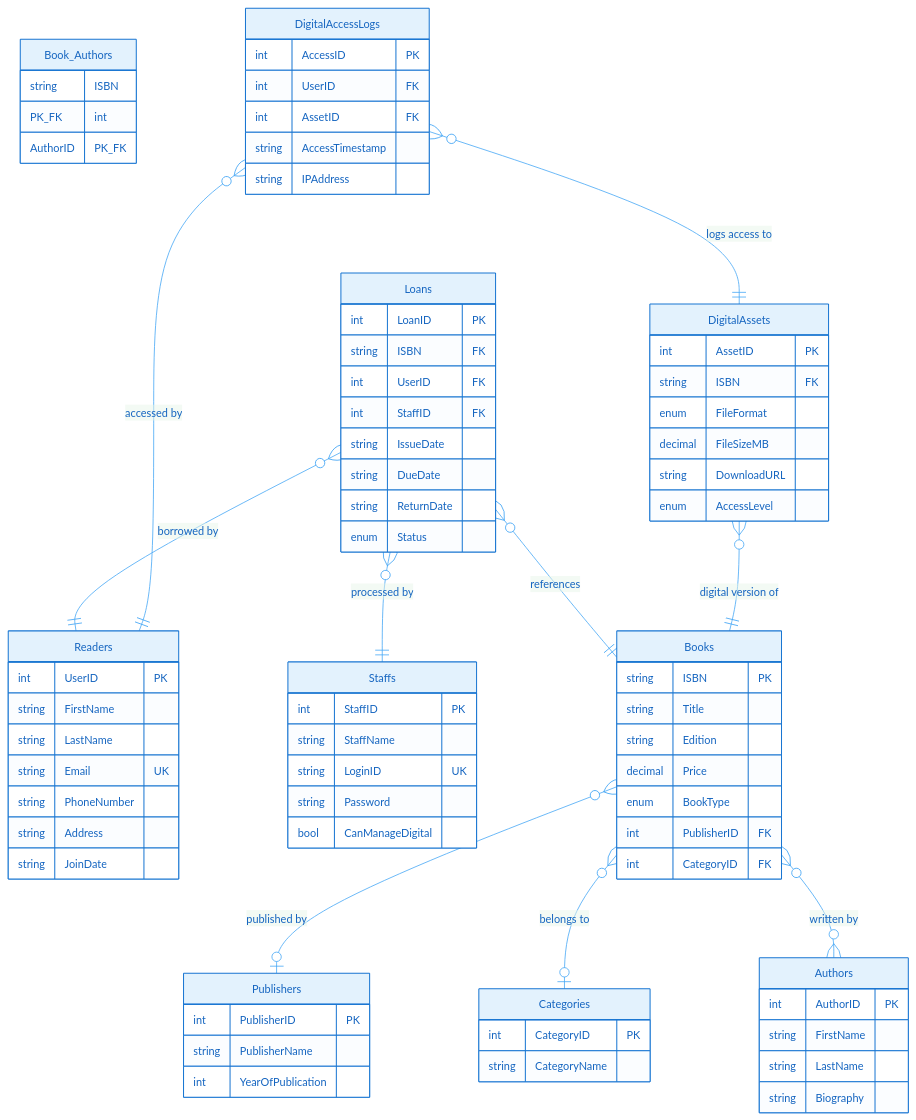
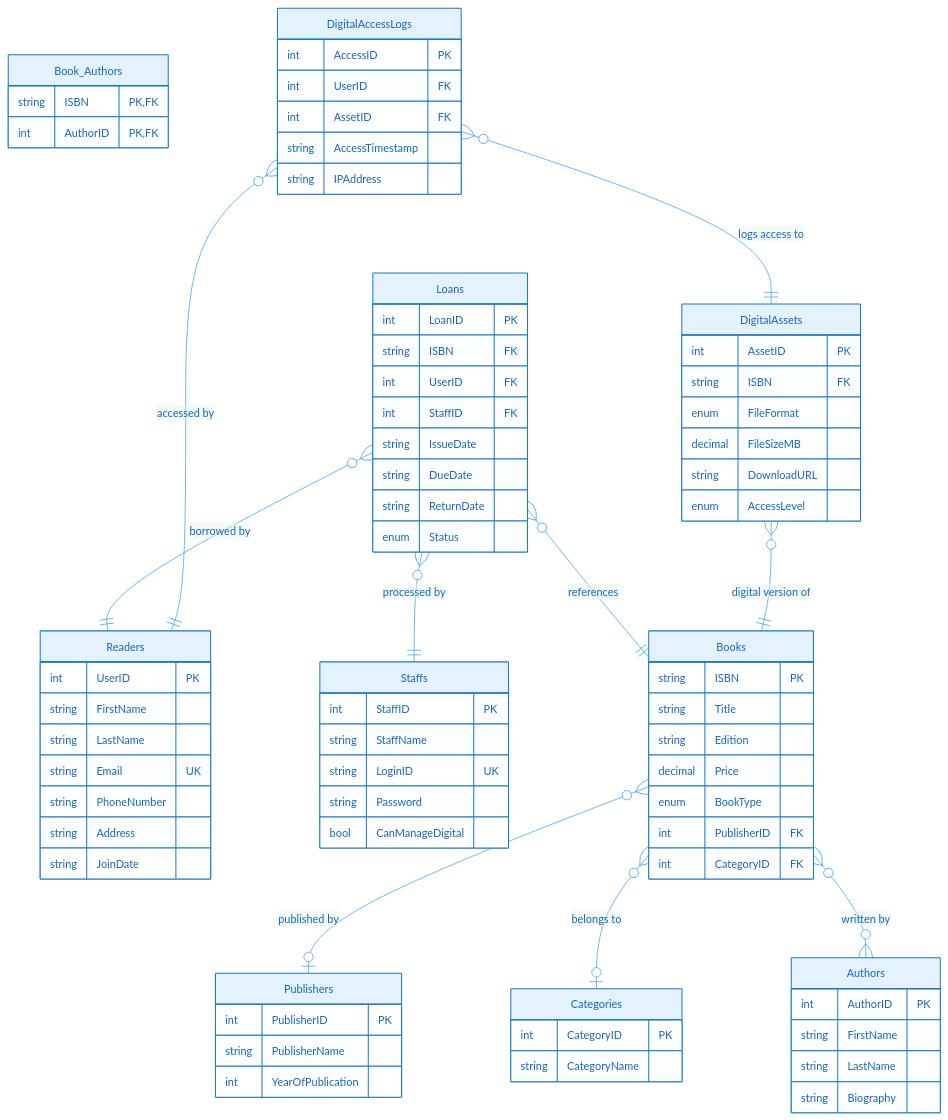
The diagram in static/db.mmd (james5635/Library-Management), drawn with Mermaid before and after one commit. The commit also changed 3 other files, not shown here.

```diff
--- a/static/db.mmd
+++ b/static/db.mmd
@@ -1,93 +1,93 @@
 %%{init: {
   'theme': 'base',
   'themeVariables': {
     'primaryColor': '#E3F2FD',
     'primaryTextColor': '#1565C0',
     'primaryBorderColor': '#1976D2',
     'lineColor': '#42A5F5',
     'secondaryColor': '#F3E5F5',
     'tertiaryColor': '#E8F5E9',
     'fontSize': '14px',
     'fontFamily': 'ui-sans-serif, system-ui, sans-serif'
   }
 }}%%
 erDiagram
     Publishers {
         int PublisherID PK
         string PublisherName
         int YearOfPublication
     }
     Categories {
         int CategoryID PK
         string CategoryName
     }
     Authors {
         int AuthorID PK
         string FirstName
         string LastName
         string Biography
     }
     Readers {
         int UserID PK
         string FirstName
         string LastName
         string Email UK
         string PhoneNumber 
         string Address
         string JoinDate
     }
     Staffs {
         int StaffID PK
         string StaffName
         string LoginID UK
         string Password
         bool CanManageDigital
     }
     Books {
         string ISBN PK
         string Title
         string Edition
         decimal Price
         enum BookType
         int PublisherID FK
         int CategoryID FK
     }
     Book_Authors {
-        string ISBN PK_FK
-        int AuthorID PK_FK
+        string ISBN PK,FK
+        int AuthorID PK,FK
     }
     Loans {
         int LoanID PK
         string ISBN FK
         int UserID FK
         int StaffID FK
         string IssueDate
         string DueDate
         string ReturnDate 
         enum Status
     }
     DigitalAssets {
         int AssetID PK
         string ISBN FK
         enum FileFormat 
         decimal FileSizeMB 
         string DownloadURL
         enum AccessLevel
     }
     DigitalAccessLogs {
         int AccessID PK
         int UserID FK
         int AssetID FK
         string AccessTimestamp
         string IPAddress
     }
 
     Books }o--o| Publishers : "published by"
     Books }o--o| Categories : "belongs to"
     Books }o--o{ Authors : "written by"
     Loans }o--|| Books : "references"
     Loans }o--|| Readers : "borrowed by"
     Loans }o--|| Staffs : "processed by"
     DigitalAssets }o--|| Books : "digital version of"
     DigitalAccessLogs }o--|| Readers : "accessed by"
     DigitalAccessLogs }o--|| DigitalAssets : "logs access to"
```
